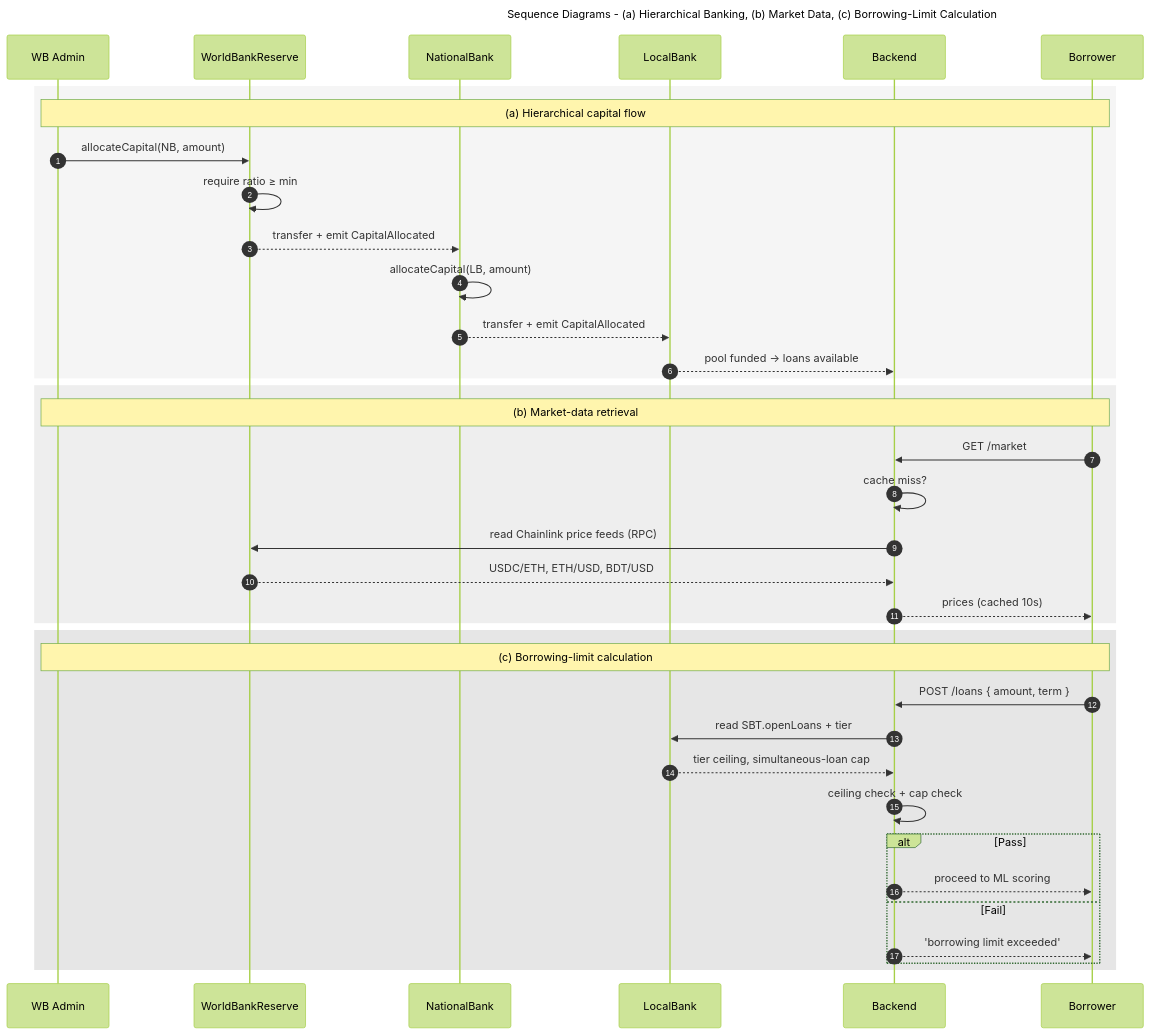
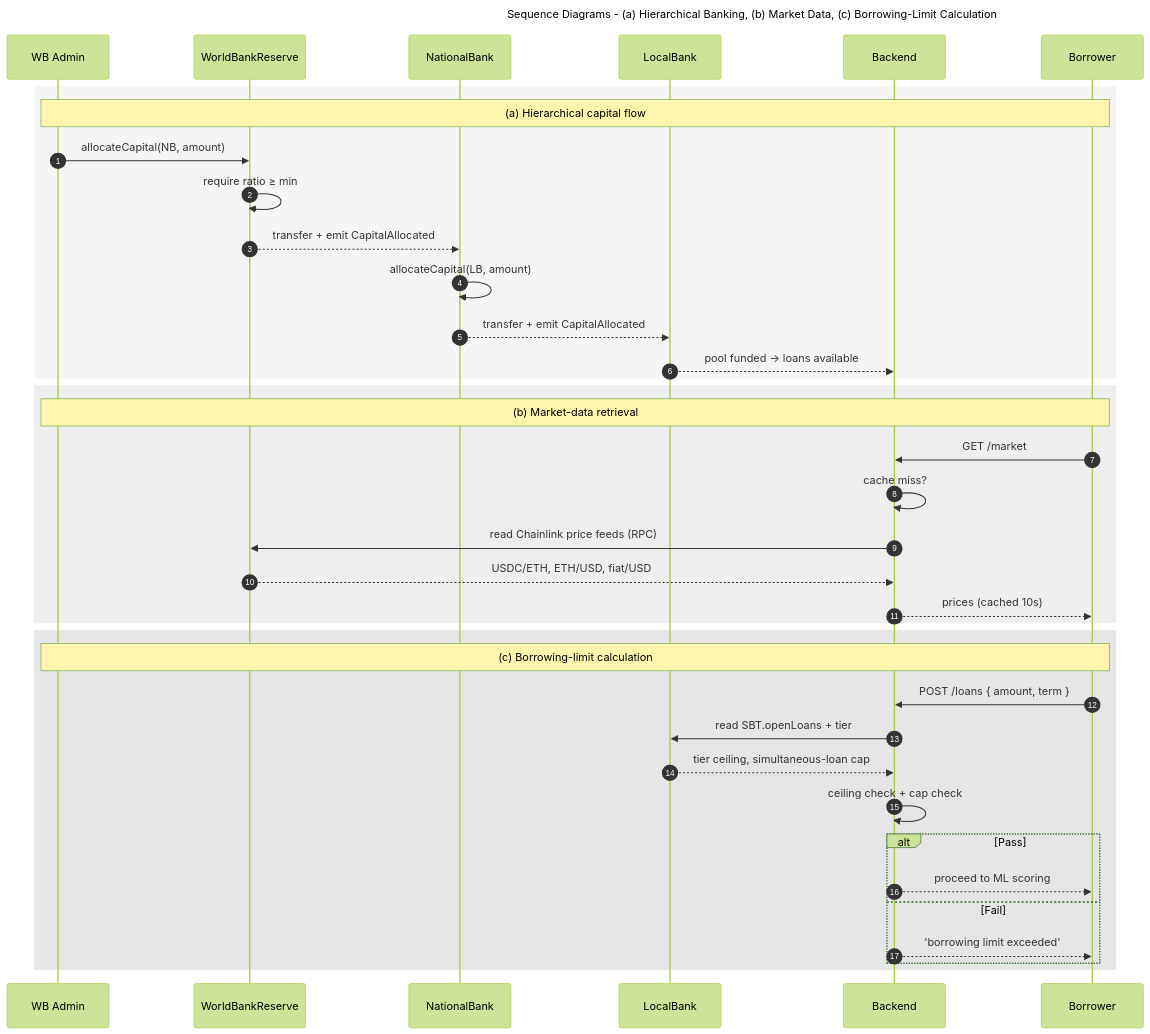
Before and after one commit to Yuvraajrahman/Cryto-World-Bank: the diagram in Documentation/Diagrams/mermaid-src/improved diagrams/fig-seq-banking-data.mmd, drawn with Mermaid (forest theme). The commit also changed 272 other files, not shown here.

Commit message:
Diagram Updates

```diff
--- a/Documentation/Diagrams/mermaid-src/improved diagrams/fig-seq-banking-data.mmd
+++ b/Documentation/Diagrams/mermaid-src/improved diagrams/fig-seq-banking-data.mmd
@@ -1,43 +1,43 @@
 ---
 title: Sequence Diagrams - (a) Hierarchical Banking, (b) Market Data, (c) Borrowing-Limit Calculation
 ---
 sequenceDiagram
     autonumber
     participant WBA as WB Admin
     participant WB as WorldBankReserve
     participant NB as NationalBank
     participant LB as LocalBank
     participant API as Backend
     participant U as Borrower
 
     rect rgb(245,245,245)
         Note over WBA,U: (a) Hierarchical capital flow
         WBA->>WB: allocateCapital(NB, amount)
         WB->>WB: require ratio ≥ min
         WB-->>NB: transfer + emit CapitalAllocated
         NB->>NB: allocateCapital(LB, amount)
         NB-->>LB: transfer + emit CapitalAllocated
         LB-->>API: pool funded → loans available
     end
 
     rect rgb(238,238,238)
         Note over WBA,U: (b) Market-data retrieval
         U->>API: GET /market
         API->>API: cache miss?
         API->>WB: read Chainlink price feeds (RPC)
-        WB-->>API: USDC/ETH, ETH/USD, BDT/USD
+        WB-->>API: USDC/ETH, ETH/USD, fiat/USD
         API-->>U: prices (cached 10s)
     end
 
     rect rgb(230,230,230)
         Note over WBA,U: (c) Borrowing-limit calculation
         U->>API: POST /loans { amount, term }
         API->>LB: read SBT.openLoans + tier
         LB-->>API: tier ceiling, simultaneous-loan cap
         API->>API: ceiling check + cap check
         alt Pass
             API-->>U: proceed to ML scoring
         else Fail
             API-->>U: 'borrowing limit exceeded'
         end
     end
```
